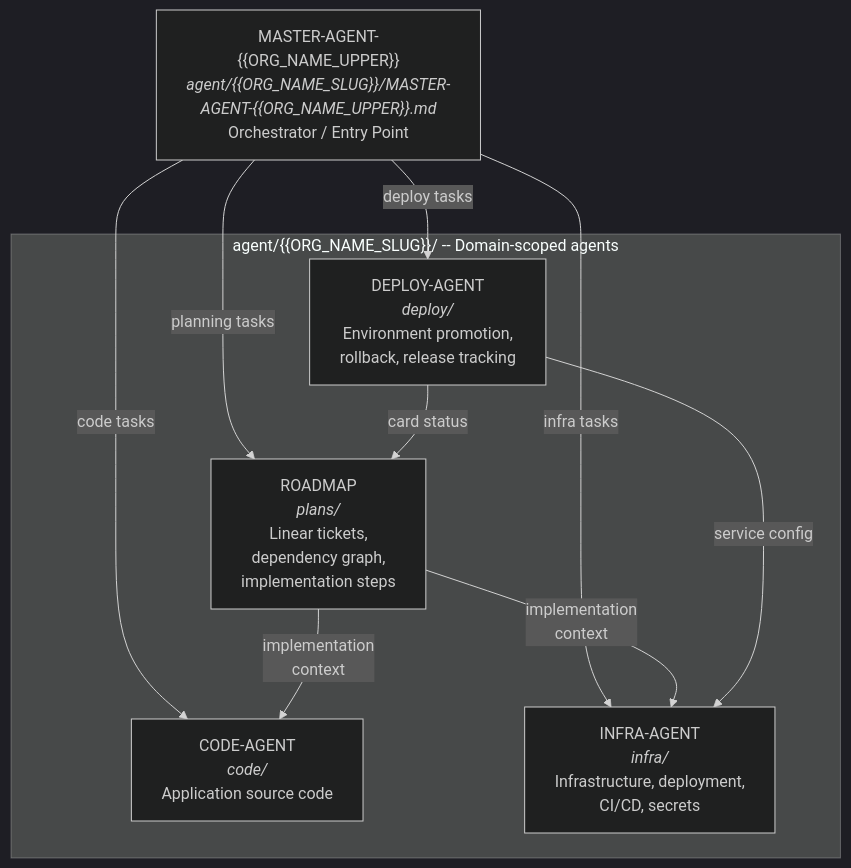
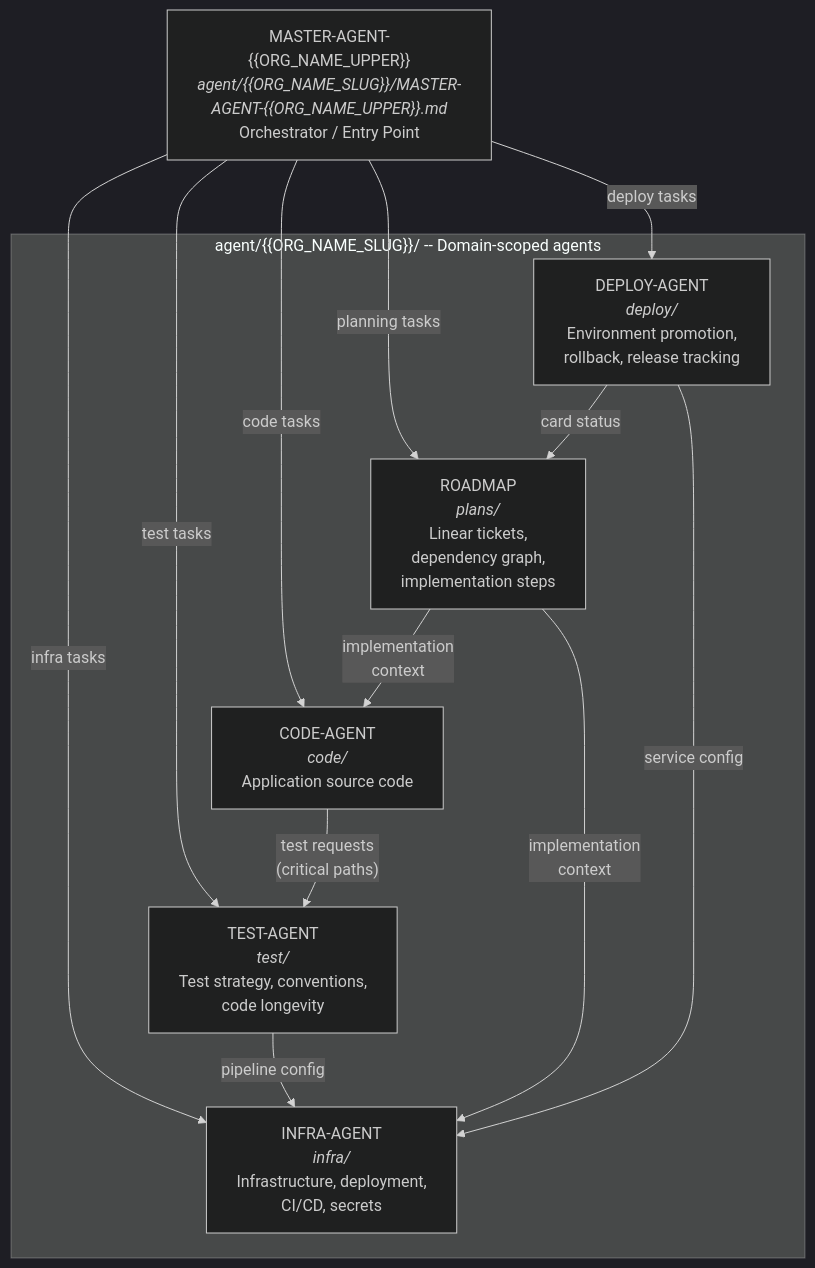
The diagram in templates/MASTER-AGENT-TEMPLATE.md (verovec/agent-factory), drawn with Mermaid (dark theme) before and after one commit. The commit also changed other lines of this file and 9 other files, not shown here.

Commit message:
test agent integration

````diff
--- a/templates/MASTER-AGENT-TEMPLATE.md
+++ b/templates/MASTER-AGENT-TEMPLATE.md
@@ -24,21 +24,25 @@
 ```mermaid
 graph TD
     MASTER["MASTER-AGENT-{{ORG_NAME_UPPER}}<br/><i>agent/{{ORG_NAME_SLUG}}/MASTER-AGENT-{{ORG_NAME_UPPER}}.md</i><br/>Orchestrator / Entry Point"]
 
     subgraph agents ["agent/{{ORG_NAME_SLUG}}/ -- Domain-scoped agents"]
         CODE["CODE-AGENT<br/><i>code/</i><br/>Application source code"]
+        TEST["TEST-AGENT<br/><i>test/</i><br/>Test strategy, conventions,<br/>code longevity"]
         INFRA["INFRA-AGENT<br/><i>infra/</i><br/>Infrastructure, deployment,<br/>CI/CD, secrets"]
         DEPLOY["DEPLOY-AGENT<br/><i>deploy/</i><br/>Environment promotion,<br/>rollback, release tracking"]
         ROADMAP["ROADMAP<br/><i>plans/</i><br/>Linear tickets,<br/>dependency graph,<br/>implementation steps"]
     end
 
     MASTER -->|"code tasks"| CODE
+    MASTER -->|"test tasks"| TEST
     MASTER -->|"infra tasks"| INFRA
     MASTER -->|"deploy tasks"| DEPLOY
     MASTER -->|"planning tasks"| ROADMAP
 
+    CODE -->|"test requests<br/>(critical paths)"| TEST
+    TEST -->|"pipeline config"| INFRA
     ROADMAP -->|"implementation<br/>context"| CODE
     ROADMAP -->|"implementation<br/>context"| INFRA
     DEPLOY -->|"service config"| INFRA
     DEPLOY -->|"card status"| ROADMAP
 ```
````
